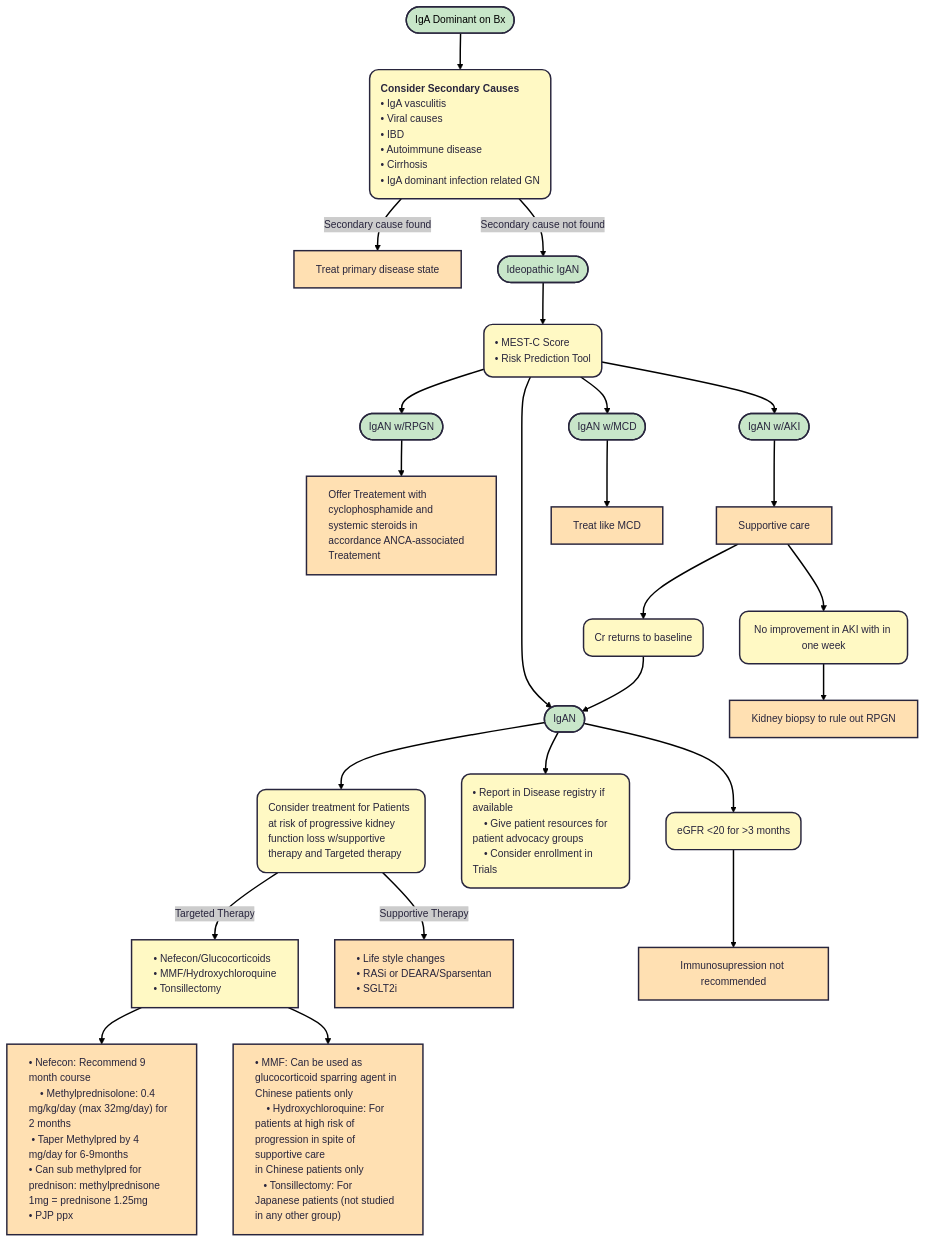
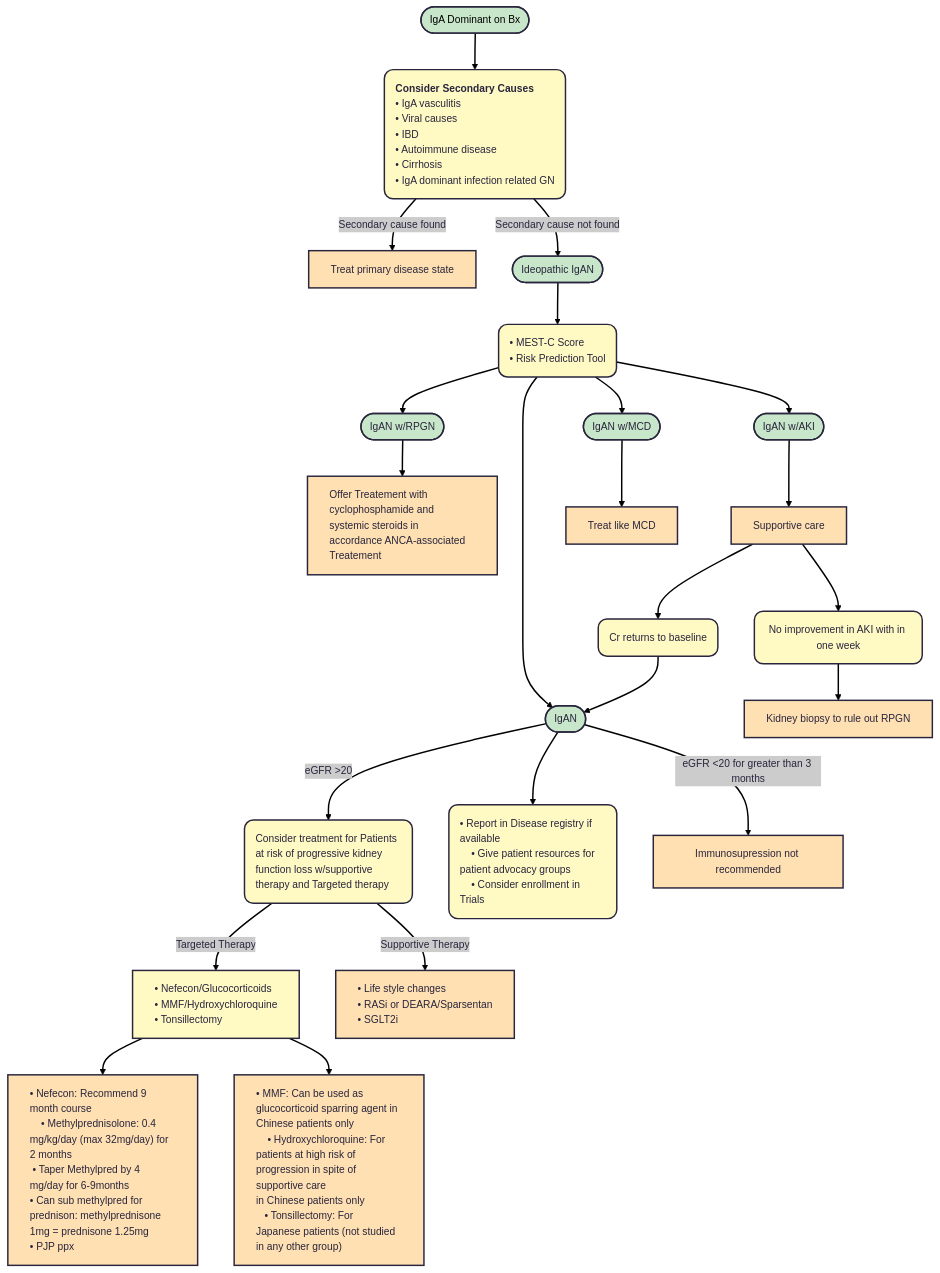
One commit to TTUNEPH2025/GN changed the diagram in docs/IGAN.md. Above: the diagram before and after it, drawn with Mermaid.

````diff
--- a/docs/IGAN.md
+++ b/docs/IGAN.md
@@ -101,78 +101,77 @@
 ```mermaid
 ---
 config:
   theme: redux
 ---
 flowchart TB
     A(["IgA Dominant on Bx"]) --> n1["`**Consider Secondary Causes**
     • IgA vasculitis
     • Viral causes
     • IBD
     • Autoimmune disease
     • Cirrhosis 
     • IgA dominant infection related GN`"]
     n1 -- Secondary cause found --> n2["Treat primary disease state"]
     n1 -- Secondary cause not found --> n3(["Ideopathic IgAN"])
     n3 --> n4["• MEST-C Score
     • Risk Prediction Tool"]
     n4 --> n9(["IgAN w/RPGN"]) & n13(["IgAN w/MCD"]) & n14(["IgAN w/AKI"]) & n15(["IgAN"])
     n6["Consider treatment for Patients at risk of progressive kidney function loss w/supportive therapy and Targeted therapy"] -- Targeted Therapy --> n7["• Nefecon/Glucocorticoids
     • MMF/Hydroxychloroquine
     • Tonsillectomy"]
     n6 -- Supportive Therapy --> n8["• Life style changes
     • RASi or DEARA/Sparsentan
     • SGLT2i"]
     n9 --> n10["Offer Treatement with cyclophosphamide and systemic steroids in accordance ANCA-associated Treatement"]
     n7 --> n11["• Nefecon: Recommend 9 month course
     • Methylprednisolone: 0.4 mg/kg/day (max 32mg/day) for 2 months
  • Taper Methylpred by 4 mg/day for 6-9months
 • Can sub methylpred for prednison: methylprednisone 1mg = prednisone 1.25mg
 • PJP ppx"] & n12["• MMF: Can be used as glucocorticoid sparring agent in Chinese patients only<br>    • Hydroxychloroquine: For patients at high risk of progression in spite of supportive care<br>in Chinese patients only<br>   • Tonsillectomy: For Japanese patients (not studied in any other group)"]
     n15 --> n5["• Report in Disease registry if available
     • Give patient resources for patient advocacy groups
-    • Consider enrollment in Trials"] & n6 & n21["eGFR &lt;20 for &gt;3 months"]
+    • Consider enrollment in Trials"]
+    n15 -- eGFR >20 --> n6
+    n15 -- eGFR &lt;20 for greater than 3 months --> n22["Immunosupression not recommended"]
     n14 --> n16["Supportive care"]
     n16 --> n17["No improvement in AKI with in one week"] & n18["Cr returns to baseline"]
     n18 --> n15
     n17 --> n19["Kidney biopsy to rule out RPGN"]
     n13 --> n20["Treat like MCD"]
-    n21 --> n22["Immunosupression not recommended"]
 
     n1@{ shape: rounded}
     n4@{ shape: rounded}
     n6@{ shape: rounded}
     n7@{ shape: rect}
     n8@{ shape: rect}
     n12@{ shape: rect}
     n5@{ shape: rounded}
-    n21@{ shape: rounded}
+    n22@{ shape: rect}
     n16@{ shape: rect}
     n17@{ shape: rounded}
     n18@{ shape: rounded}
     n19@{ shape: rect}
     n20@{ shape: rect}
-    n22@{ shape: rect}
     style A fill:#C8E6C9,color:#000000
     style n1 fill:#FFF9C4,text-align:left,white-space:nowrap
     style n2 fill:#FFE0B2,text-align:left
     style n3 fill:#C8E6C9,text-align:left
     style n4 fill:#FFF9C4,text-align:left
     style n9 fill:#C8E6C9,text-align:left
     style n13 fill:#C8E6C9
     style n14 fill:#C8E6C9
     style n15 fill:#C8E6C9
     style n6 fill:#FFF9C4,text-align:left
     style n7 fill:#FFF9C4,text-align:left,white-space:nowrap
     style n8 fill:#FFE0B2,text-align:left,white-space:nowrap
     style n10 fill:#FFE0B2,text-align:left
     style n11 fill:#FFE0B2,text-align:left
     style n12 fill:#FFE0B2,text-align:left
     style n5 fill:#FFF9C4,text-align:left
-    style n21 fill:#FFF9C4
+    style n22 fill:#FFE0B2
     style n16 fill:#FFE0B2
     style n17 fill:#FFF9C4
     style n18 fill:#FFF9C4
     style n19 fill:#FFE0B2
     style n20 fill:#FFE0B2
-    style n22 fill:#FFE0B2
 ```
````
